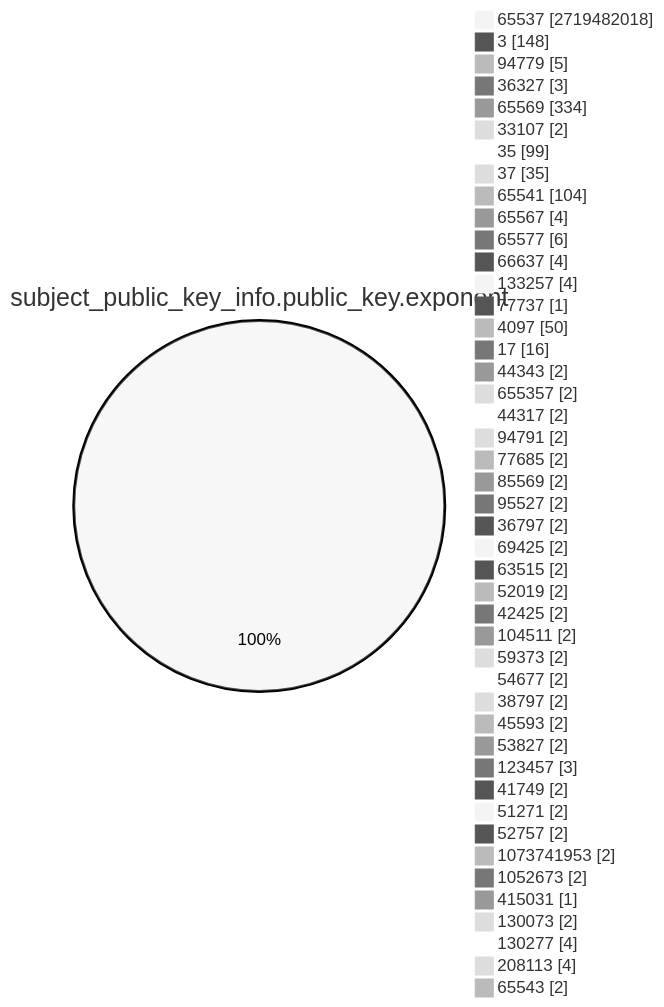
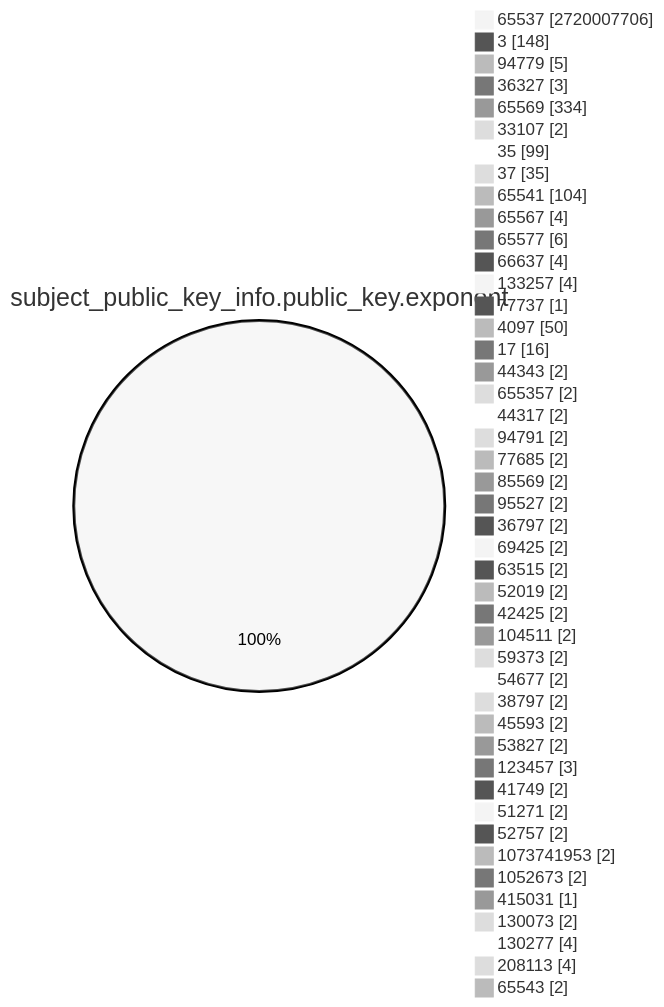
One commit to christiankrug/ctmonitor_visualization changed the fourth of 15 diagrams in TOTAL/README.md. Above: the diagram before and after it, drawn with Mermaid (neutral theme). The commit also changed other lines of this file, not shown here.

````diff
--- a/TOTAL/README.md
+++ b/TOTAL/README.md
@@ -1467,49 +1467,49 @@
 ```mermaid
 pie showData
 title subject_public_key_info.public_key.exponent
-"65537" :2719482018
+"65537" :2720007706
 "3" :148
 "94779" :5
 "36327" :3
 "65569" :334
 "33107" :2
 "35" :99
 "37" :35
 "65541" :104
 "65567" :4
 "65577" :6
 "66637" :4
 "133257" :4
 "77737" :1
 "4097" :50
 "17" :16
 "44343" :2
 "655357" :2
 "44317" :2
 "94791" :2
 "77685" :2
 "85569" :2
 "95527" :2
 "36797" :2
 "69425" :2
 "63515" :2
 "52019" :2
 "42425" :2
 "104511" :2
 "59373" :2
 "54677" :2
 "38797" :2
 "45593" :2
 "53827" :2
 "123457" :3
 "41749" :2
 "51271" :2
 "52757" :2
 "1073741953" :2
 "1052673" :2
 "415031" :1
 "130073" :2
 "130277" :4
 "208113" :4
 "65543" :2
 ```
````
